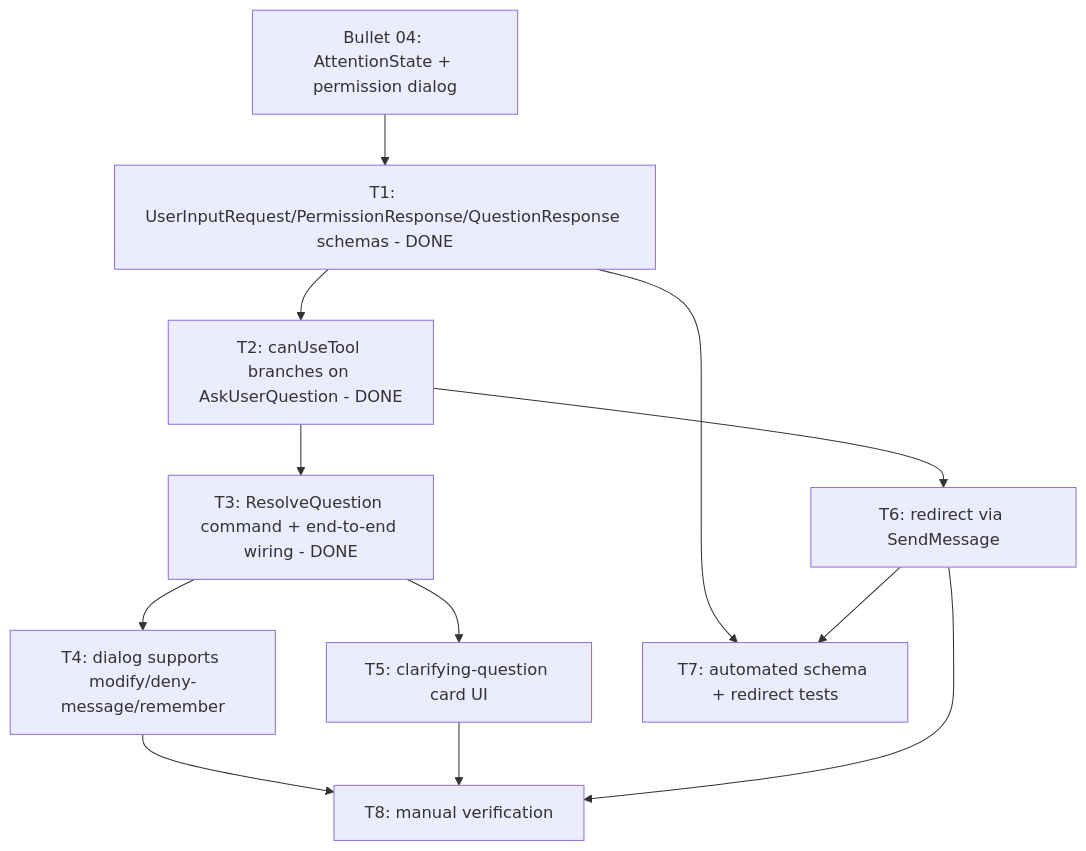
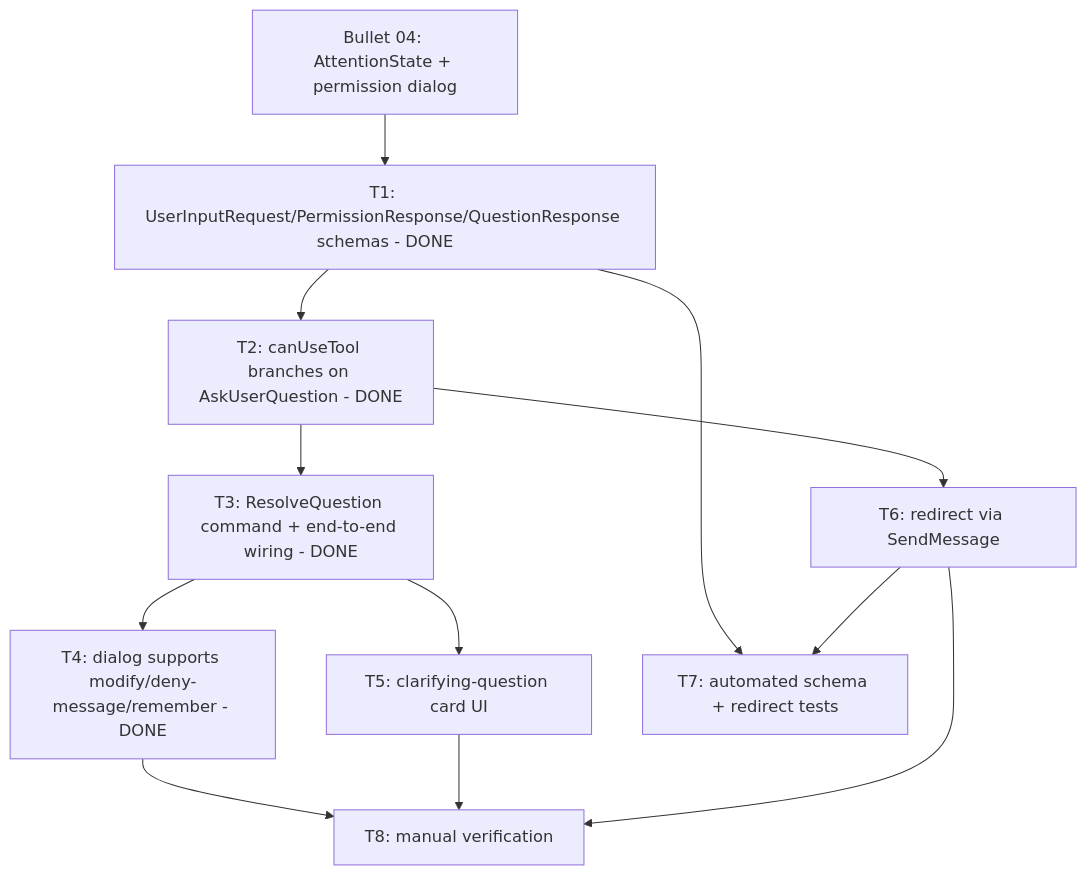
One commit to draekien/dia changed the diagram in .draekien/break-down-prd/dia-mvp/06-richer-permission-responses-and-questions.md. Above: the diagram before and after it, drawn with Mermaid. The commit also changed other lines of this file and 6 other files, not shown here.

````diff
--- a/.draekien/break-down-prd/dia-mvp/06-richer-permission-responses-and-questions.md
+++ b/.draekien/break-down-prd/dia-mvp/06-richer-permission-responses-and-questions.md
@@ -39,23 +42,23 @@
 ```mermaid
 graph TD
   B04[Bullet 04: AttentionState + permission dialog]
   T1[T1: UserInputRequest/PermissionResponse/QuestionResponse schemas - DONE]
   T2[T2: canUseTool branches on AskUserQuestion - DONE]
   T3[T3: ResolveQuestion command + end-to-end wiring - DONE]
-  T4[T4: dialog supports modify/deny-message/remember]
+  T4[T4: dialog supports modify/deny-message/remember - DONE]
   T5[T5: clarifying-question card UI]
   T6[T6: redirect via SendMessage]
   T7[T7: automated schema + redirect tests]
   T8[T8: manual verification]
   B04 --> T1
   T1 --> T2
   T2 --> T3
   T3 --> T4
   T3 --> T5
   T2 --> T6
   T1 --> T7
   T6 --> T7
   T4 --> T8
   T5 --> T8
   T6 --> T8
 ```
````
